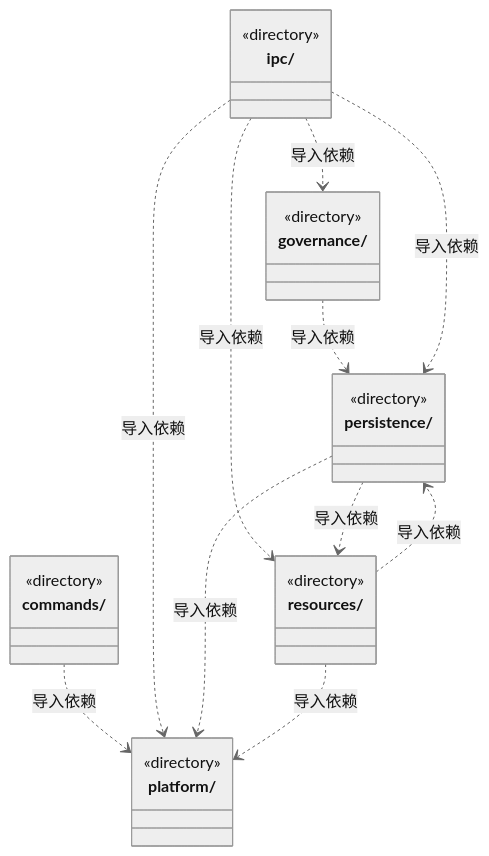
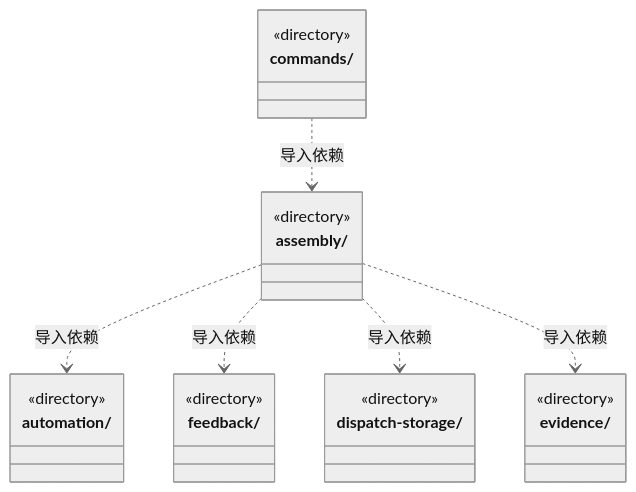
One commit to nan023062/cbim changed the first of 6 diagrams in src/backend/main/ARCHITECTURE.md. Above: the diagram before and after it, drawn with Mermaid (neutral theme). The commit also changed other lines of this file and 971 other files, not shown here.

````diff
--- a/src/backend/main/ARCHITECTURE.md
+++ b/src/backend/main/ARCHITECTURE.md
@@ -24,31 +17,26 @@
 ```mermaid
 classDiagram
+class N_src_backend_main_assembly["assembly/"] {
+  <<directory>>
+}
+class N_src_backend_main_automation["automation/"] {
+  <<directory>>
+}
 class N_src_backend_main_commands["commands/"] {
   <<directory>>
 }
-class N_src_backend_main_governance["governance/"] {
+class N_src_backend_main_dispatch_storage["dispatch-storage/"] {
   <<directory>>
 }
-class N_src_backend_main_ipc["ipc/"] {
+class N_src_backend_main_evidence["evidence/"] {
   <<directory>>
 }
-class N_src_backend_main_persistence["persistence/"] {
+class N_src_backend_main_feedback["feedback/"] {
   <<directory>>
 }
-class N_src_backend_main_platform["platform/"] {
-  <<directory>>
-}
-class N_src_backend_main_resources["resources/"] {
-  <<directory>>
-}
-N_src_backend_main_commands ..> N_src_backend_main_platform : 导入依赖
-N_src_backend_main_governance ..> N_src_backend_main_persistence : 导入依赖
-N_src_backend_main_ipc ..> N_src_backend_main_persistence : 导入依赖
-N_src_backend_main_ipc ..> N_src_backend_main_resources : 导入依赖
-N_src_backend_main_ipc ..> N_src_backend_main_platform : 导入依赖
-N_src_backend_main_ipc ..> N_src_backend_main_governance : 导入依赖
-N_src_backend_main_persistence ..> N_src_backend_main_resources : 导入依赖
-N_src_backend_main_persistence ..> N_src_backend_main_platform : 导入依赖
-N_src_backend_main_resources ..> N_src_backend_main_platform : 导入依赖
-N_src_backend_main_resources ..> N_src_backend_main_persistence : 导入依赖
+N_src_backend_main_assembly ..> N_src_backend_main_automation : 导入依赖
+N_src_backend_main_assembly ..> N_src_backend_main_feedback : 导入依赖
+N_src_backend_main_assembly ..> N_src_backend_main_dispatch_storage : 导入依赖
+N_src_backend_main_assembly ..> N_src_backend_main_evidence : 导入依赖
+N_src_backend_main_commands ..> N_src_backend_main_assembly : 导入依赖
 ```
````
